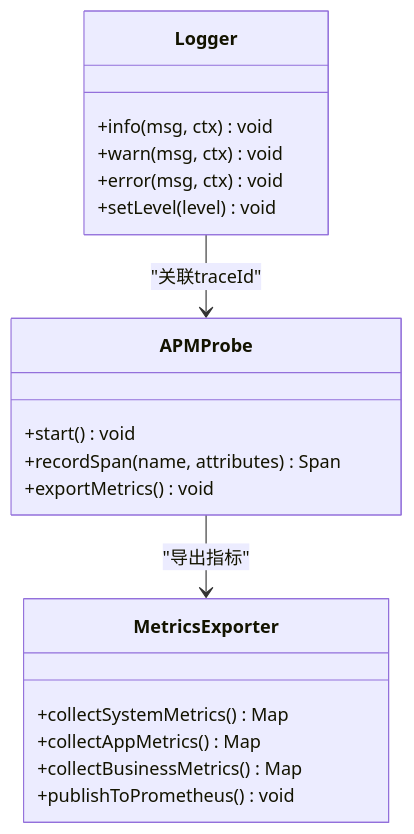
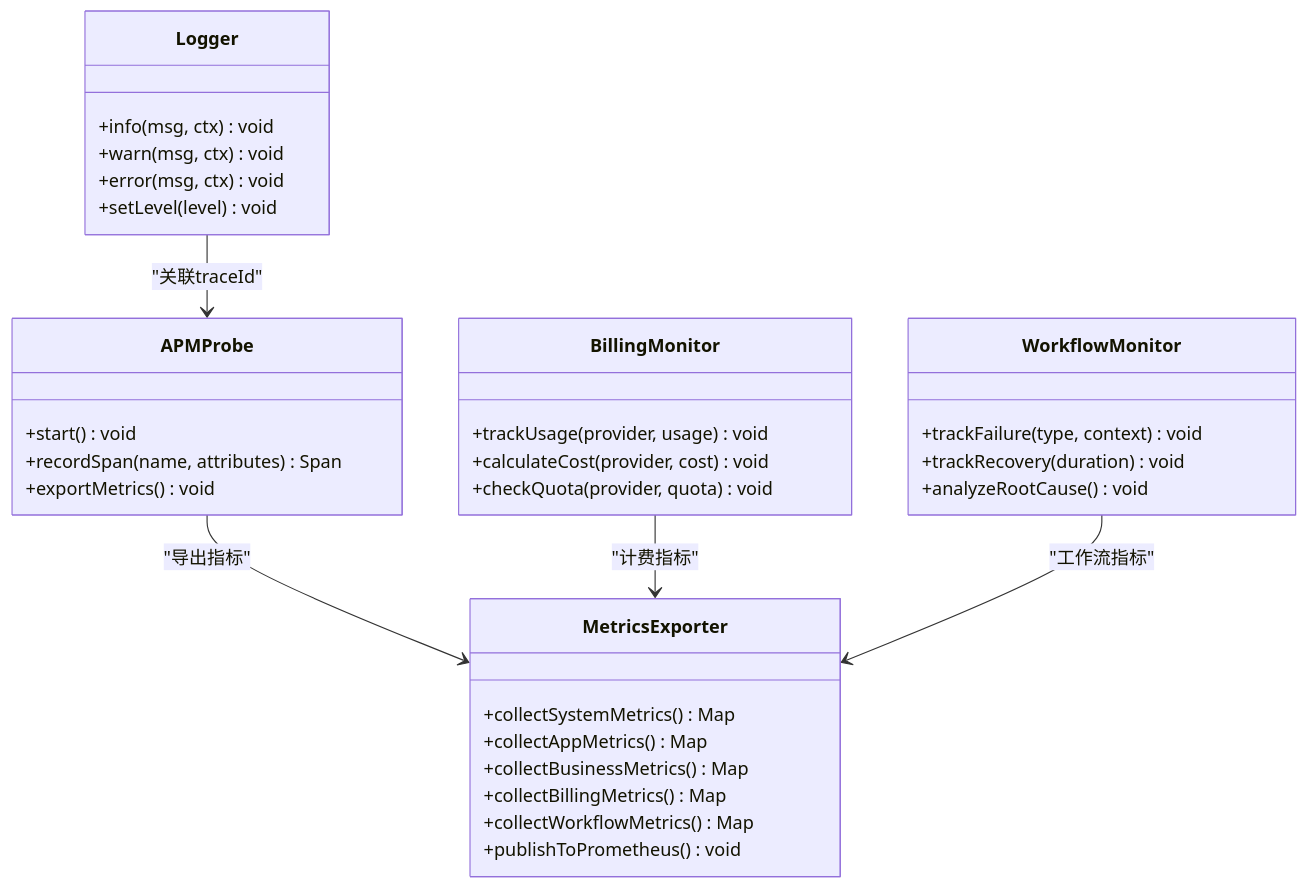
One commit to scottcwy/PurpleInk changed the fourth of 9 diagrams in .qoder/repowiki/zh/content/部署指南/监控与日志管理/监控与日志管理.md. Above: the diagram before and after it, drawn with Mermaid. The commit also changed other lines of this file and 23 other files, not shown here.

````diff
--- a/.qoder/repowiki/zh/content/部署指南/监控与日志管理/监控与日志管理.md
+++ b/.qoder/repowiki/zh/content/部署指南/监控与日志管理/监控与日志管理.md
@@ -168,22 +210,36 @@
 ```mermaid
 classDiagram
 class APMProbe {
 +start() void
 +recordSpan(name, attributes) Span
 +exportMetrics() void
 }
 class MetricsExporter {
 +collectSystemMetrics() Map
 +collectAppMetrics() Map
 +collectBusinessMetrics() Map
++collectBillingMetrics() Map
++collectWorkflowMetrics() Map
 +publishToPrometheus() void
 }
 class Logger {
 +info(msg, ctx) void
 +warn(msg, ctx) void
 +error(msg, ctx) void
 +setLevel(level) void
 }
+class BillingMonitor {
++trackUsage(provider, usage) void
++calculateCost(provider, cost) void
++checkQuota(provider, quota) void
+}
+class WorkflowMonitor {
++trackFailure(type, context) void
++trackRecovery(duration) void
++analyzeRootCause() void
+}
 APMProbe --> MetricsExporter : "导出指标"
 Logger --> APMProbe : "关联traceId"
+BillingMonitor --> MetricsExporter : "计费指标"
+WorkflowMonitor --> MetricsExporter : "工作流指标"
 ```
````
